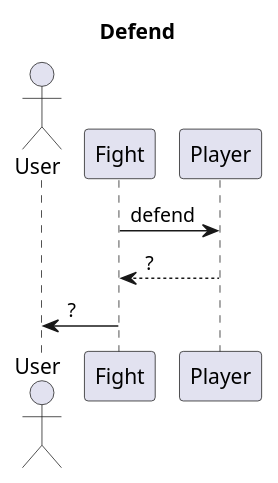
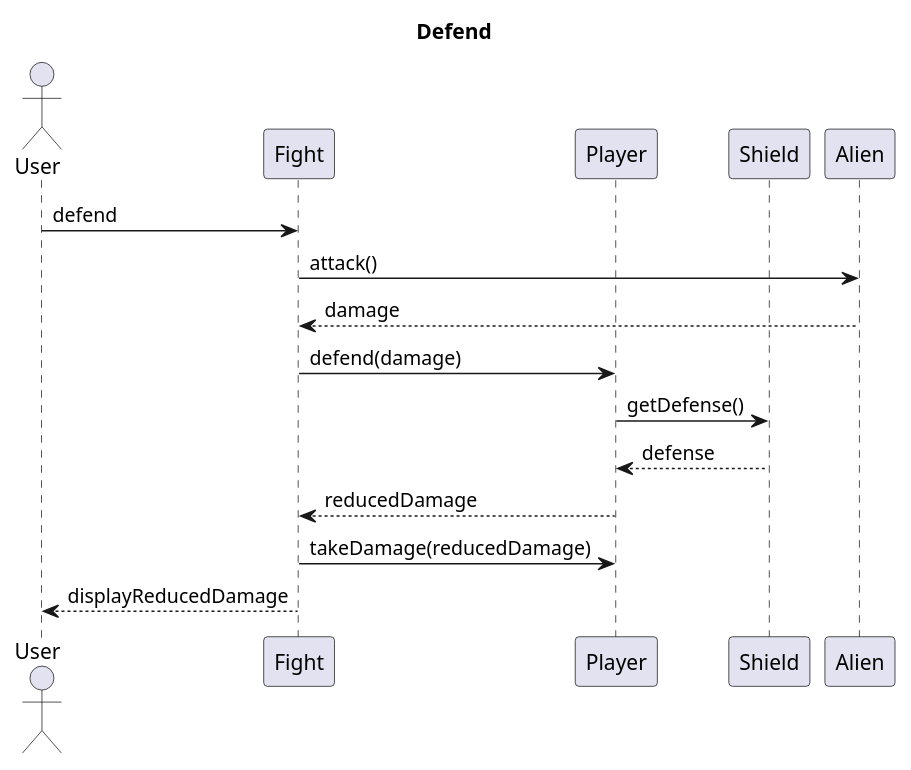
Before and after one commit to EDIDS/EDIDS_Proj: the diagram in src/main/java/com/extraction/uml/uml diagrams/Internal Sequence Diagrams/Defend.puml, drawn with PlantUML. The commit also changed 5 other files, not shown here.

Commit message:
Updated internal sequence diagrams.

```diff
--- a/src/main/java/com/extraction/uml/uml diagrams/Internal Sequence Diagrams/Defend.puml
+++ b/src/main/java/com/extraction/uml/uml diagrams/Internal Sequence Diagrams/Defend.puml
@@ -1,13 +1,21 @@
 @startuml
 
 title Defend
 
 actor User
 participant Fight
 participant Player
+participant Shield
+participant Alien
 
-Fight -> Player : defend
-return ?
-Fight -> User : ?
+User -> Fight : defend
+Fight -> Alien : attack()
+return damage
+Fight -> Player : defend(damage)
+Player -> Shield : getDefense()
+return defense
+Player --> Fight : reducedDamage
+Fight -> Player : takeDamage(reducedDamage)
+Fight --> User : displayReducedDamage
 
 @enduml
```
